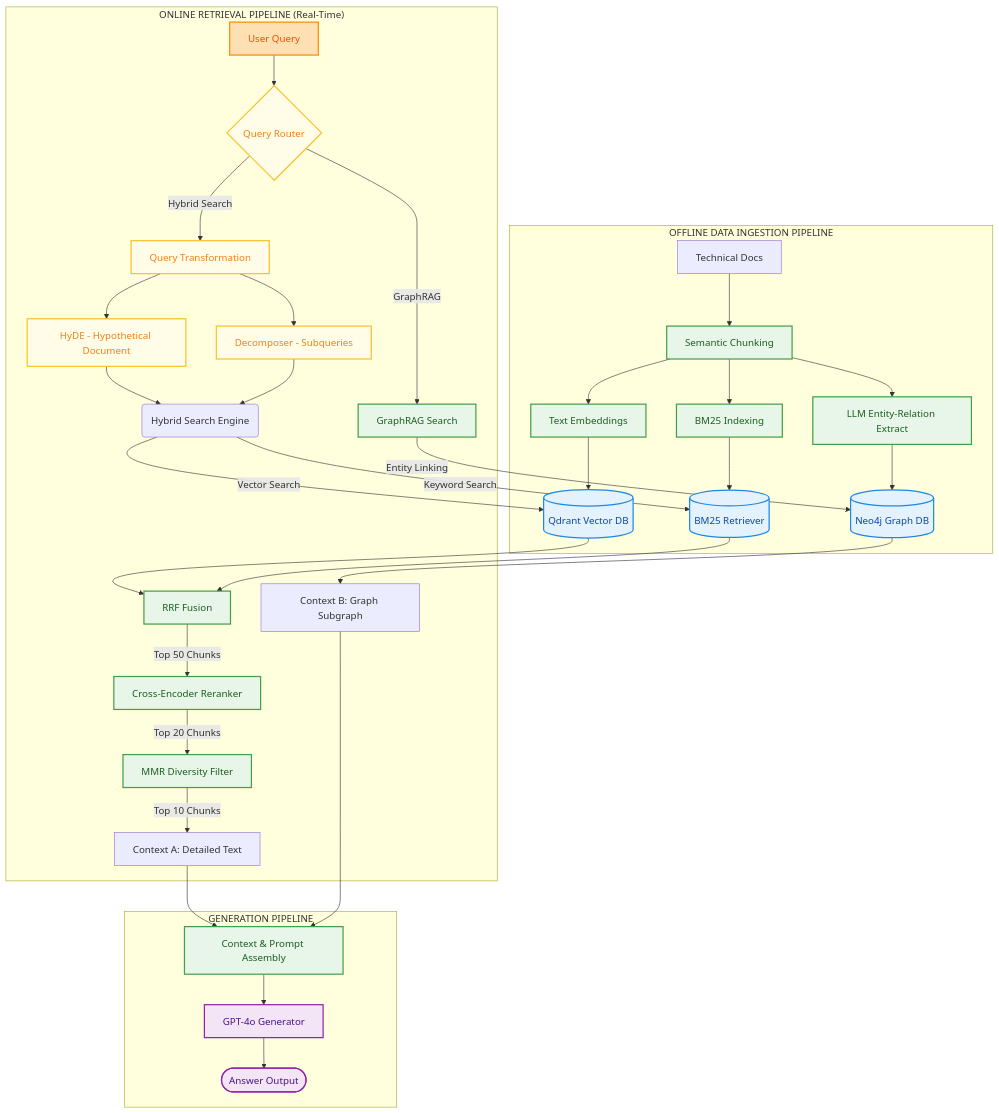
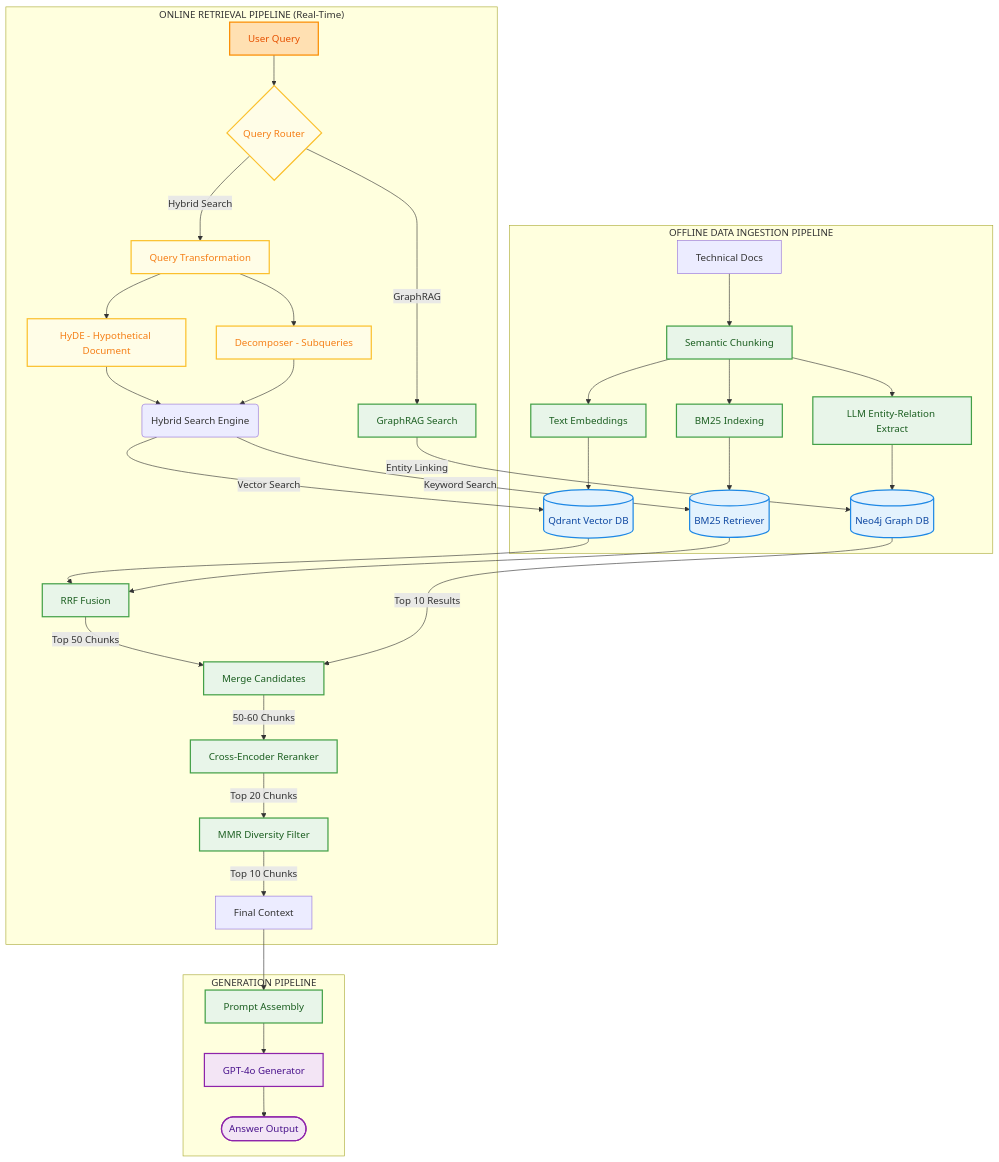
One commit to BaoNguyenz/Enterprise_RAG_system changed the diagram in README.md. Above: the diagram before and after it, drawn with Mermaid. The commit also changed 1 other file, not shown here.

Commit message:
docs: correct Mermaid architecture diagrams to show Graph merging before reranking

````diff
--- a/README.md
+++ b/README.md
@@ -42,56 +42,59 @@
 ```mermaid
 flowchart TD
     %% Theme Styling
     classDef storage fill:#e3f2fd,stroke:#1e88e5,stroke-width:2px,color:#0d47a1;
     classDef action fill:#e8f5e9,stroke:#43a047,stroke-width:2px,color:#1b5e20;
     classDef routing fill:#fffde7,stroke:#fbc02d,stroke-width:2px,color:#f57f17;
     classDef input fill:#ffe0b2,stroke:#fb8c00,stroke-width:2px,color:#e65100;
     classDef output fill:#f3e5f5,stroke:#8e24aa,stroke-width:2px,color:#4a148c;
 
     subgraph INGESTION ["OFFLINE DATA INGESTION PIPELINE"]
         Docs[Technical Docs] --> Chunk[Semantic Chunking]
         
         %% Vector & BM25
         Chunk --> Embed[Text Embeddings] --> VecDB[(Qdrant Vector DB)]
         Chunk --> BuildBM25[BM25 Indexing] --> BM25DB[(BM25 Retriever)]
         
         %% GraphRAG
         Chunk --> GraphExtract[LLM Entity-Relation Extract] --> GraphDB[(Neo4j Graph DB)]
     end
 
     subgraph RETRIEVAL ["ONLINE RETRIEVAL PIPELINE (Real-Time)"]
         Q[User Query] --> Router{Query Router}
         
         %% Vector / Hybrid
         Router -- "Hybrid Search" --> QTrans[Query Transformation]
         QTrans --> HyDE[HyDE - Hypothetical Document]
         QTrans --> Decompose[Decomposer - Subqueries]
         
         HyDE & Decompose --> SearchEngine(Hybrid Search Engine)
         SearchEngine --> |Vector Search| VecDB
         SearchEngine --> |Keyword Search| BM25DB
         
         %% Merging & Reranking
         VecDB & BM25DB --> RRF[RRF Fusion]
-        RRF --> |Top 50 Chunks| Rerank[Cross-Encoder Reranker]
-        Rerank --> |Top 20 Chunks| MMR[MMR Diversity Filter]
-        MMR --> |Top 10 Chunks| ContextA[Context A: Detailed Text]
+        RRF --> |Top 50 Chunks| Merge[Merge Candidates]
 
         %% GraphRAG
         Router -- "GraphRAG" --> GraphSearch[GraphRAG Search]
         GraphSearch --> |Entity Linking| GraphDB
-        GraphDB --> ContextB[Context B: Graph Subgraph]
+        GraphDB --> |Top 10 Results| Merge
+
+        %% Post-Retrieval Pipeline
+        Merge --> |50-60 Chunks| Rerank[Cross-Encoder Reranker]
+        Rerank --> |Top 20 Chunks| MMR[MMR Diversity Filter]
+        MMR --> |Top 10 Chunks| Context[Final Context]
     end
 
     subgraph GENERATION ["GENERATION PIPELINE"]
-        ContextA & ContextB --> Assemble[Context & Prompt Assembly]
+        Context --> Assemble[Prompt Assembly]
         Assemble --> LLM[GPT-4o Generator]
         LLM --> Ans([Answer Output])
     end
 
     class VecDB,BM25DB,GraphDB storage;
-    class Chunk,Embed,BuildBM25,GraphExtract,RRF,Rerank,MMR,GraphSearch,Assemble action;
+    class Chunk,Embed,BuildBM25,GraphExtract,RRF,Rerank,MMR,GraphSearch,Assemble,Merge action;
     class Router,QTrans,HyDE,Decompose routing;
     class Q input;
     class LLM,Ans output;
 ```
````
